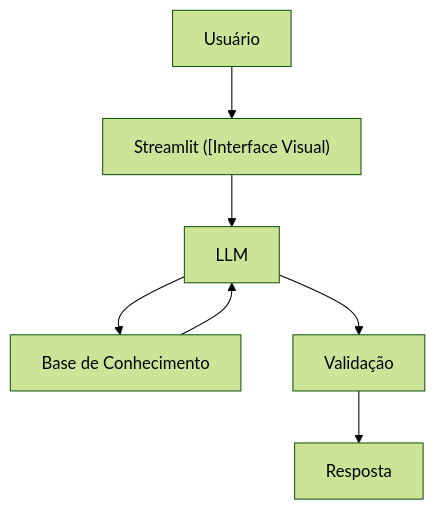
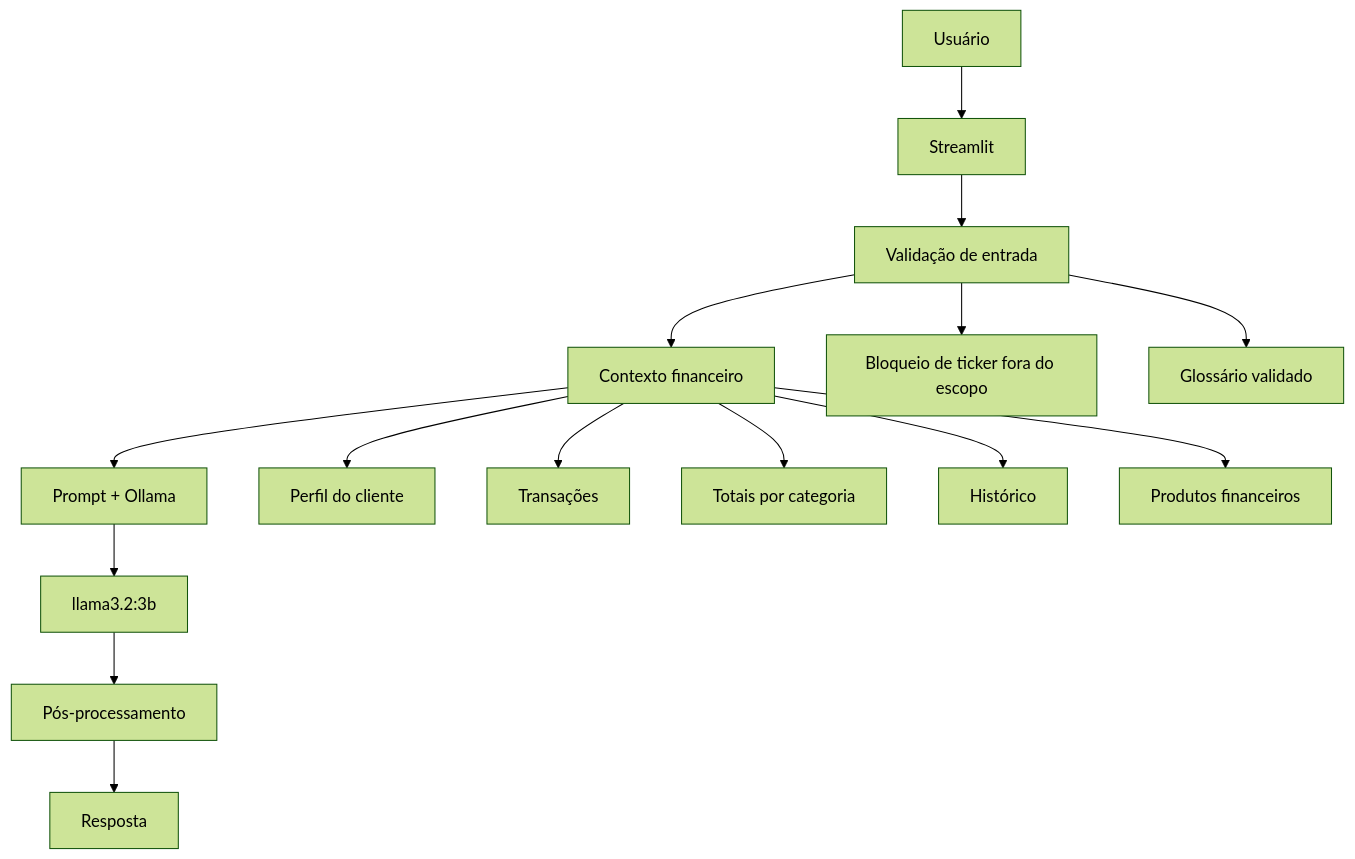
Before and after one commit to paulophlvf-bit/dio-lab-bia-do-futuro: the diagram in docs/01-documentacao-agente.md, drawn with Mermaid (forest theme). The commit also changed other lines of this file, not shown here.

````diff
--- a/docs/01-documentacao-agente.md
+++ b/docs/01-documentacao-agente.md
@@ -58,9 +49,18 @@
 ```mermaid
 flowchart TD
-    A[Usuário] --> B["Streamlit ([Interface Visual)"]
-    B --> C[LLM]
-    C --> D[Base de Conhecimento]
-    D --> C
-    C --> E[Validação]
-    E --> F[Resposta]
+    A[Usuário] --> B[Streamlit]
+    B --> C[Validação de entrada]
+    C --> D[Contexto financeiro]
+    D --> E[Prompt + Ollama]
+    E --> F[llama3.2:3b]
+    F --> G[Pós-processamento]
+    G --> H[Resposta]
+
+    D --> D1[Perfil do cliente]
+    D --> D2[Transações]
+    D --> D3[Totais por categoria]
+    D --> D4[Histórico]
+    D --> D5[Produtos financeiros]
+    C --> C1[Bloqueio de ticker fora do escopo]
+    C --> C2[Glossário validado]
 ```
````
